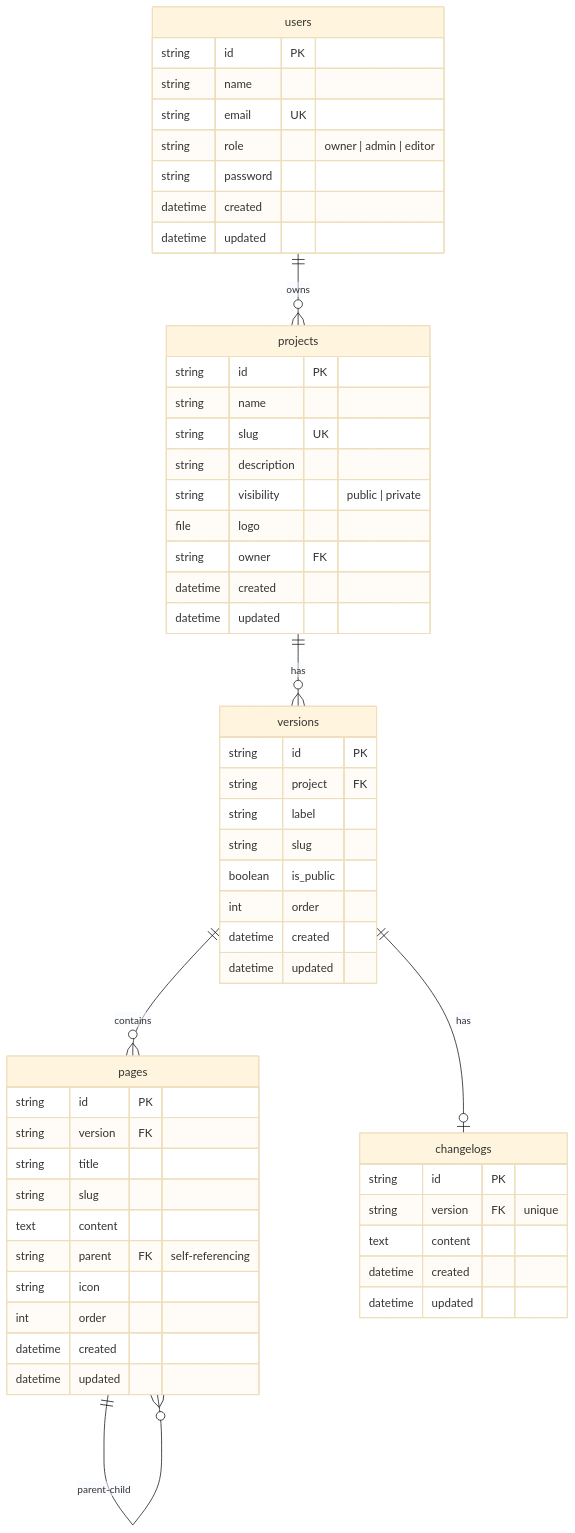
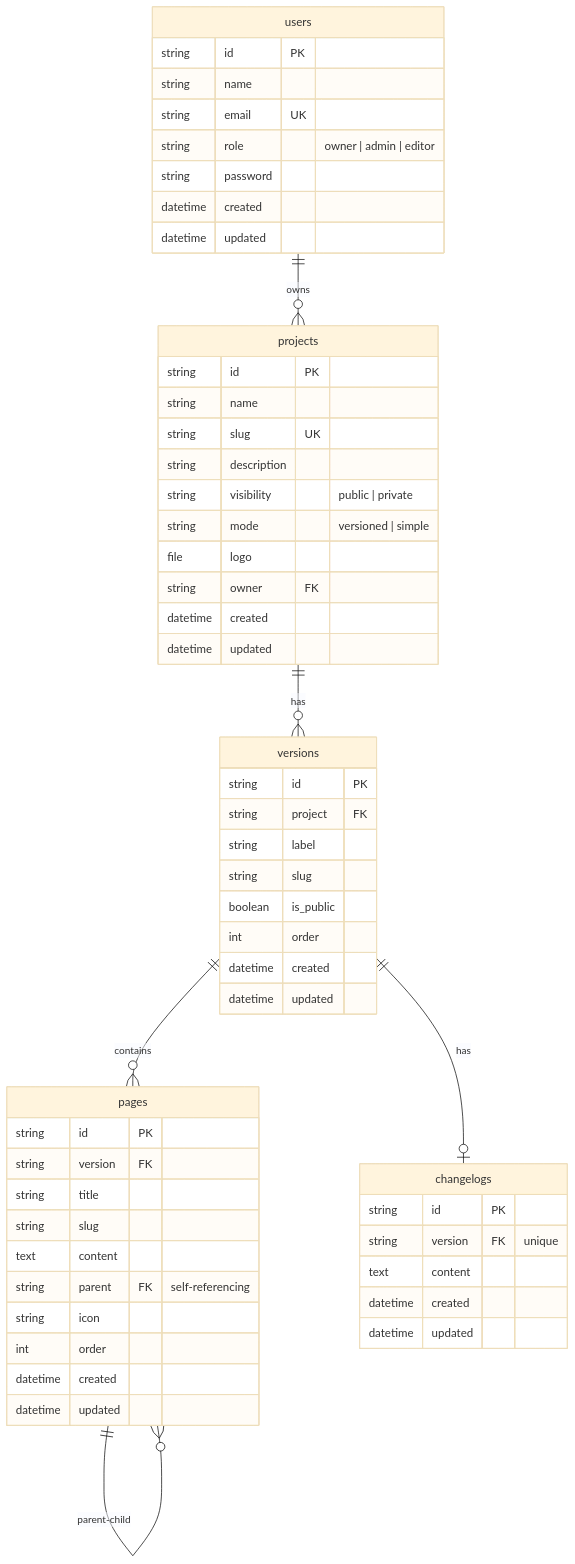
The third of 5 diagrams in docs/architecture.md (devAlphaSystem/Alpha-System-PocketDocs), drawn with Mermaid (base theme) before and after one commit. The commit also changed other lines of this file and 24 other files, not shown here.

````diff
--- a/docs/architecture.md
+++ b/docs/architecture.md
@@ -103,62 +103,63 @@
 ```mermaid
 erDiagram
     users {
         string id PK
         string name
         string email UK
         string role "owner | admin | editor"
         string password
         datetime created
         datetime updated
     }
 
     projects {
         string id PK
         string name
         string slug UK
         string description
         string visibility "public | private"
+        string mode "versioned | simple"
         file logo
         string owner FK
         datetime created
         datetime updated
     }
 
     versions {
         string id PK
         string project FK
         string label
         string slug
         boolean is_public
         int order
         datetime created
         datetime updated
     }
 
     pages {
         string id PK
         string version FK
         string title
         string slug
         text content
         string parent FK "self-referencing"
         string icon
         int order
         datetime created
         datetime updated
     }
 
     changelogs {
         string id PK
         string version FK "unique"
         text content
         datetime created
         datetime updated
     }
 
     users ||--o{ projects : "owns"
     projects ||--o{ versions : "has"
     versions ||--o{ pages : "contains"
     versions ||--o| changelogs : "has"
     pages ||--o{ pages : "parent-child"
 ```
````
